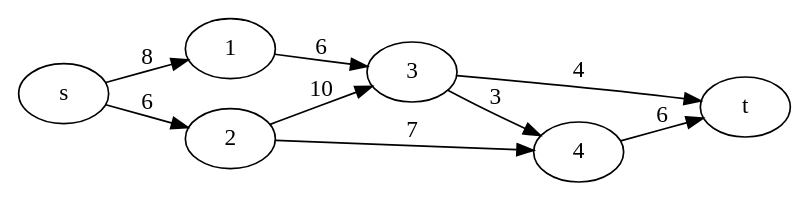
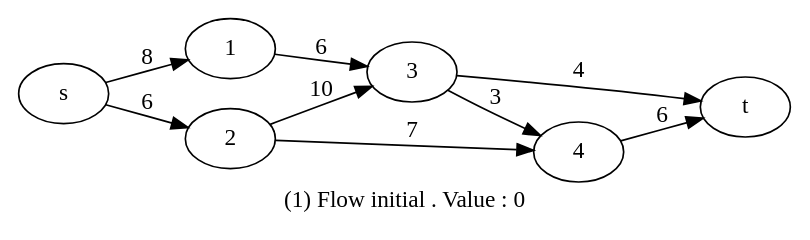
The diagram in DOT/dg.dot (Ramzi98/Graph2), drawn with Graphviz before and after one commit. The commit also changed 2 other files, not shown here.

```diff
--- a/DOT/dg.dot
+++ b/DOT/dg.dot
@@ -1,11 +1,12 @@
 digraph flowNetwork {
 rankdir ="LR";
+label ="(1) Flow initial . Value : 0";
 s -> 1 [ label =8]; //1 -> 2
 s -> 2 [ label =6];	//1 -> 3
 1 -> 3 [ label =6];	//2 -> 4
 2 -> 3 [ label =10];	//3 -> 4
 2 -> 4 [ label =7];	//3 -> 5
 3 -> 4 [ label =3];	//4 -> 5
 3 -> t [ label =4];	//4 -> 6
 4 -> t [ label =6];	//5 -> 6
 }
```
